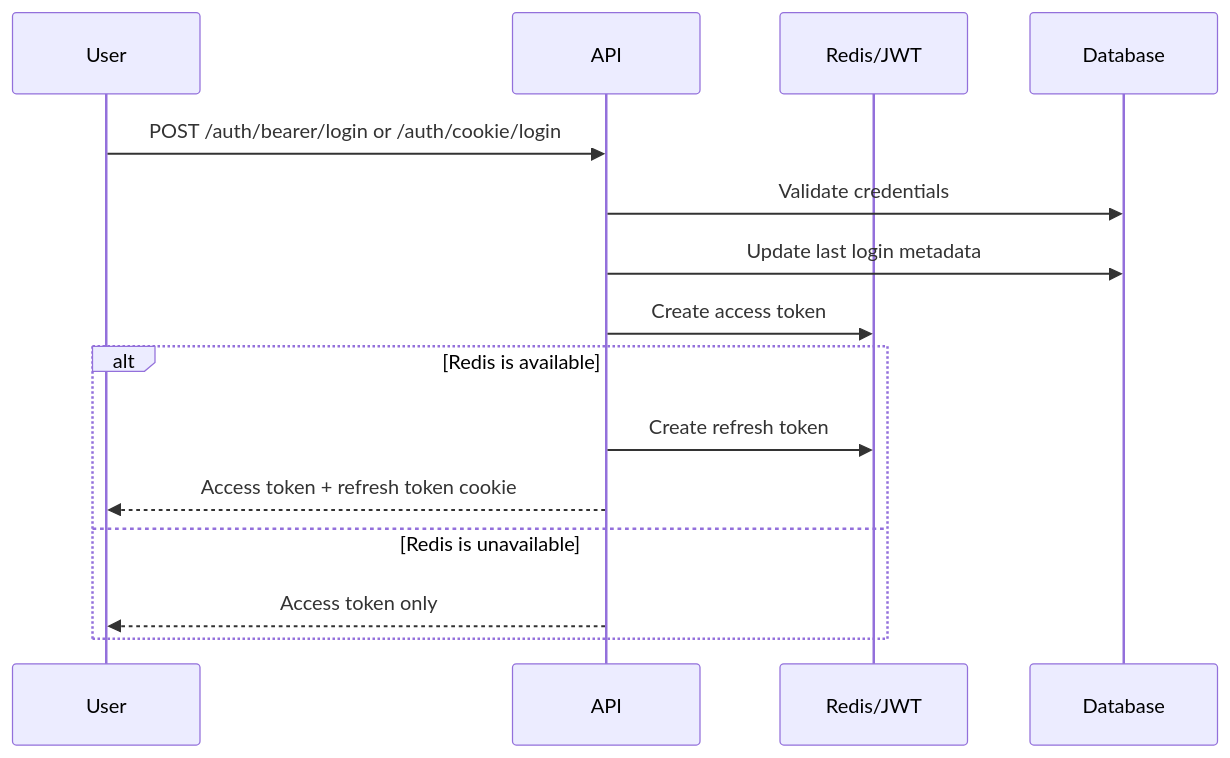
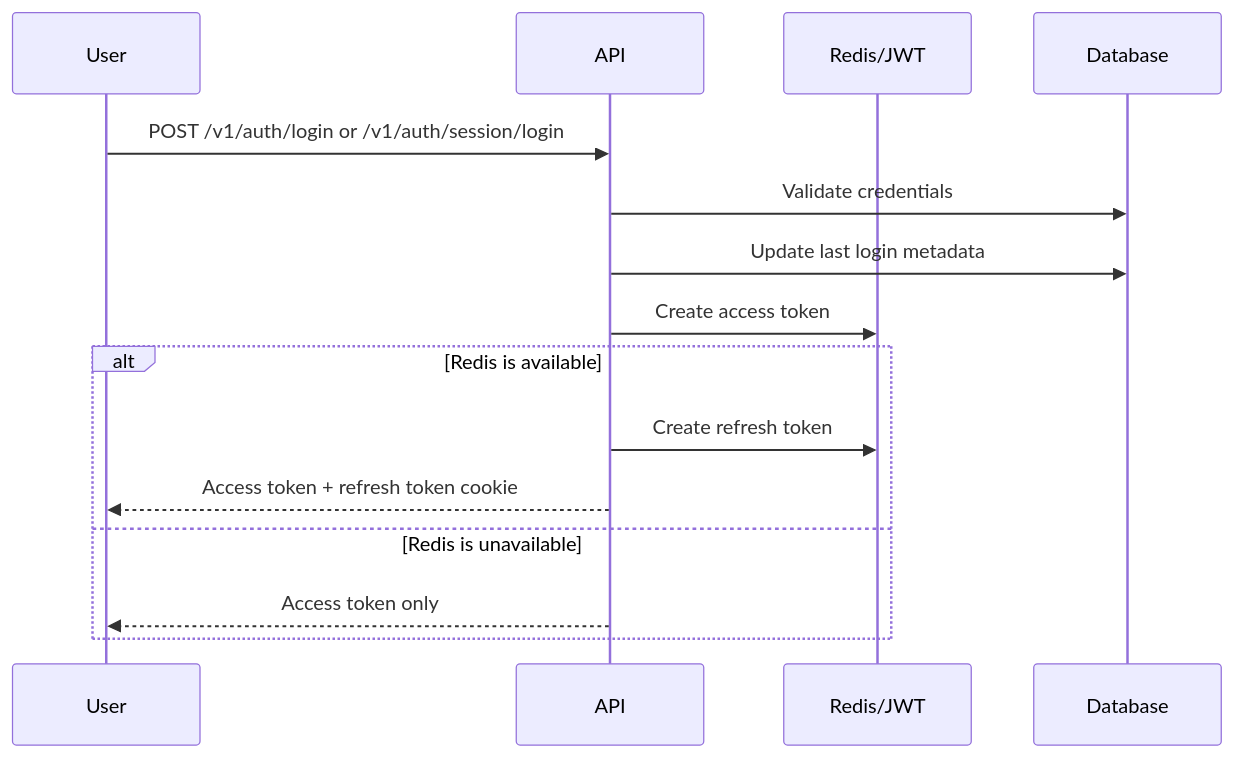
The first of 3 diagrams in docs/src/content/docs/architecture/auth.mdx (CMLPlatform/relab), drawn with Mermaid before and after one commit. The commit also changed other lines of this file and 28 other files, not shown here.

````diff
--- a/docs/src/content/docs/architecture/auth.mdx
+++ b/docs/src/content/docs/architecture/auth.mdx
@@ -33,18 +33,18 @@
 ```mermaid
 sequenceDiagram
     participant User
     participant API
     participant TokenStore as Redis/JWT
     participant DB as Database
 
-    User->>API: POST /auth/bearer/login or /auth/cookie/login
+    User->>API: POST /v1/auth/login or /v1/auth/session/login
     API->>DB: Validate credentials
     API->>DB: Update last login metadata
     API->>TokenStore: Create access token
     alt Redis is available
         API->>TokenStore: Create refresh token
         API-->>User: Access token + refresh token cookie
     else Redis is unavailable
         API-->>User: Access token only
     end
 ```
````
